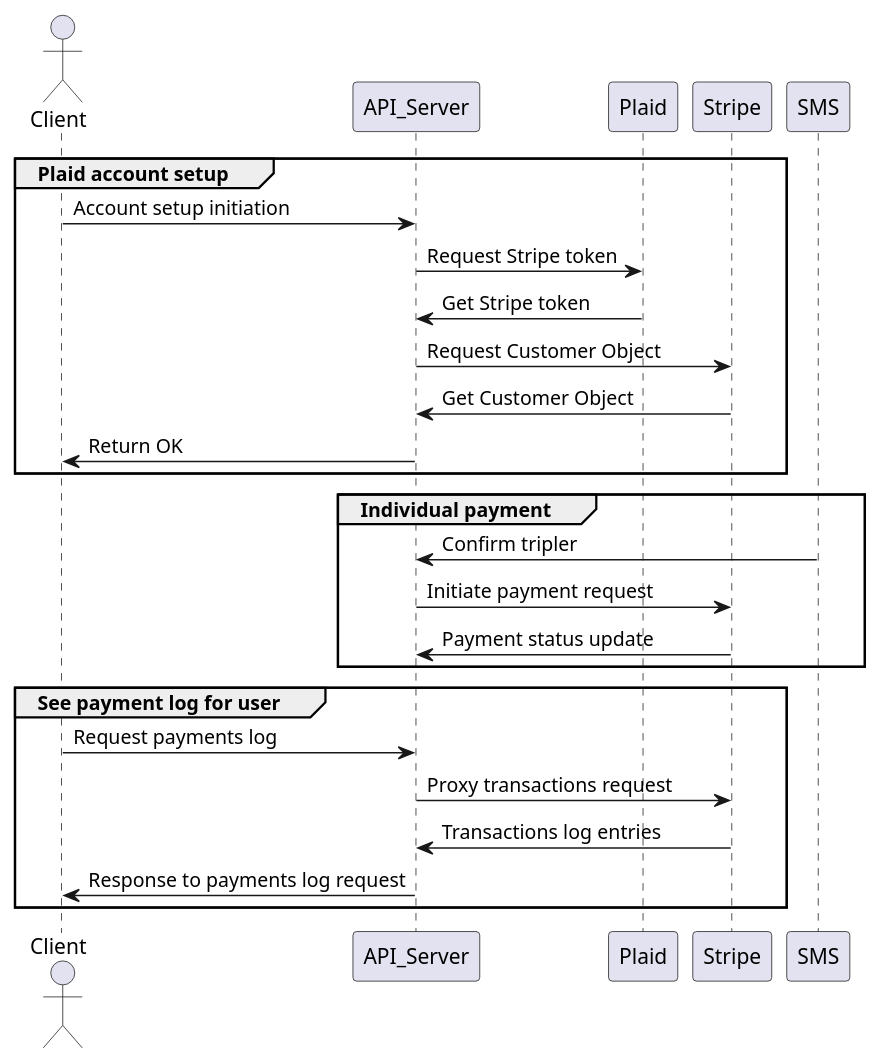
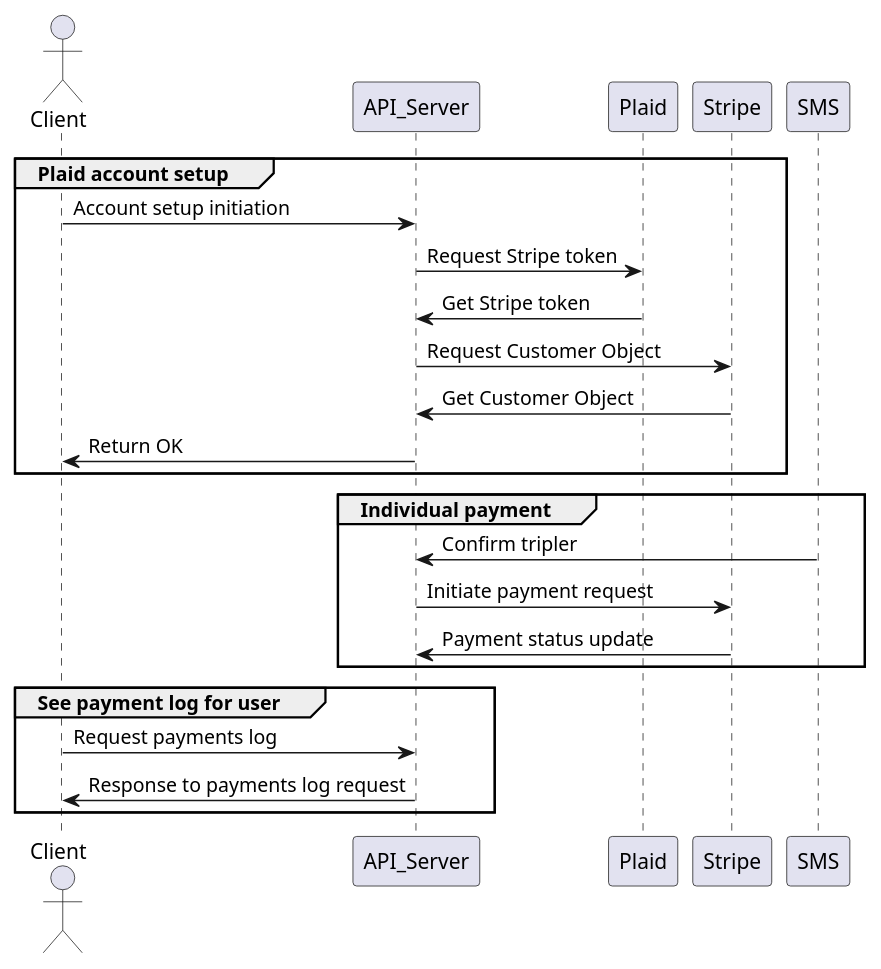
One commit to colab-coop/hello-voter changed the diagram in docs/payments-flow.plantuml. Above: the diagram before and after it, drawn with PlantUML. The commit also changed 1 other file, not shown here.

Commit message:
updating payments flow

```diff
--- a/docs/payments-flow.plantuml
+++ b/docs/payments-flow.plantuml
@@ -1,29 +1,27 @@
 actor Client
 
 group Plaid account setup
 
 Client -> API_Server: Account setup initiation
 API_Server -> Plaid: Request Stripe token
 Plaid -> API_Server: Get Stripe token
 API_Server -> Stripe: Request Customer Object
 Stripe -> API_Server: Get Customer Object
 API_Server -> Client: Return OK
 
 end
 
 group Individual payment
 
 SMS -> API_Server: Confirm tripler
 API_Server -> Stripe: Initiate payment request
 Stripe -> API_Server: Payment status update
 
 end
 
 group See payment log for user
 
 Client -> API_Server: Request payments log
-API_Server -> Stripe: Proxy transactions request
-Stripe -> API_Server: Transactions log entries
 API_Server -> Client: Response to payments log request
 
 end
```
